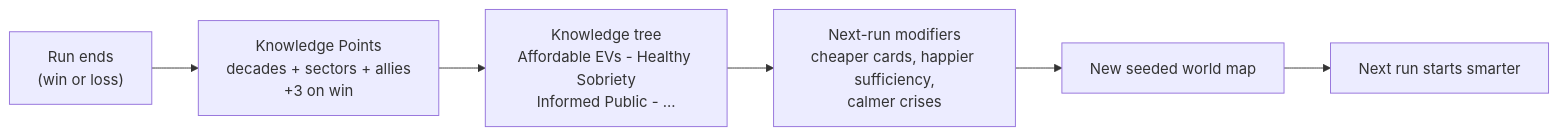
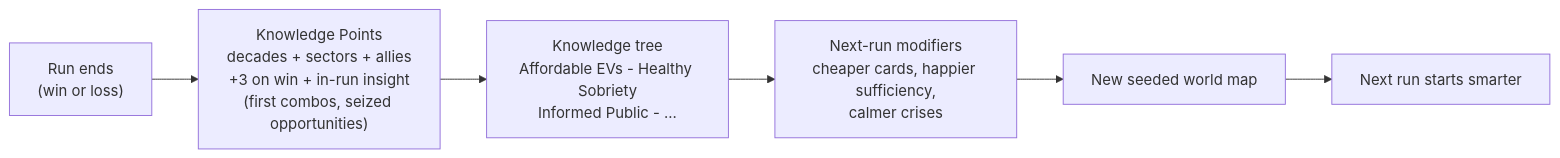
The second of 2 diagrams in docs/Phase_0/05_System_Diagram.md (ekhau/DrawdownProtocol), drawn with Mermaid before and after one commit. The commit also changed other lines of this file and 60 other files, not shown here.

````diff
--- a/docs/Phase_0/05_System_Diagram.md
+++ b/docs/Phase_0/05_System_Diagram.md
@@ -48,7 +42,7 @@
 ```mermaid
 flowchart LR
-    END["Run ends\n(win or loss)"] --> KP["Knowledge Points\ndecades + sectors + allies\n+3 on win"]
+    END["Run ends\n(win or loss)"] --> KP["Knowledge Points\ndecades + sectors + allies\n+3 on win + in-run insight\n(first combos, seized opportunities)"]
     KP --> TREE["Knowledge tree\nAffordable EVs - Healthy Sobriety\nInformed Public - ..."]
     TREE --> MOD["Next-run modifiers\ncheaper cards, happier sufficiency,\ncalmer crises"]
     MOD --> NEWMAP["New seeded world map"] --> NEWRUN["Next run starts smarter"]
 ```
````
